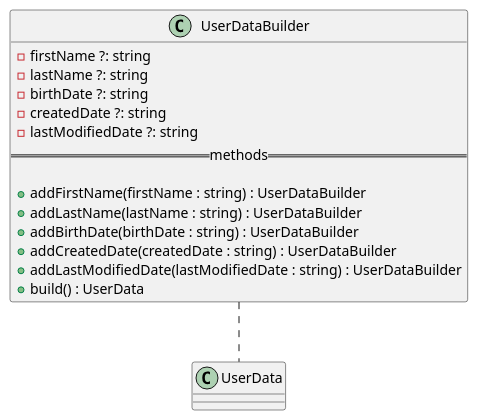
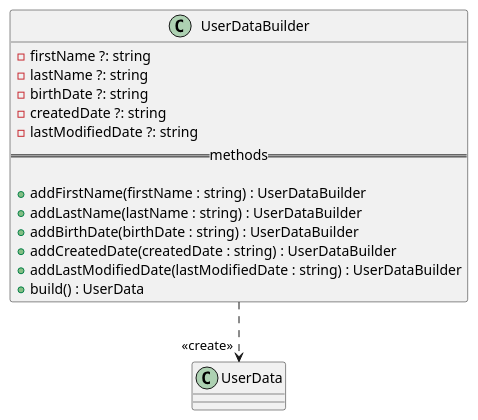
The diagram in docs/diagrams/classes/User/UserDataBuilder.pu (GruppOne/stalker-web-app), drawn with PlantUML before and after one commit. The commit also changed 12 other files, not shown here.

Commit message:
docs: fix diagrams after review

```diff
--- a/docs/diagrams/classes/User/UserDataBuilder.pu
+++ b/docs/diagrams/classes/User/UserDataBuilder.pu
@@ -1,19 +1,19 @@
 @startuml UserDataBuilder Diagram
 class UserDataBuilder {
   - firstName ?: string
   - lastName ?: string
   - birthDate ?: string
   - createdDate ?: string
   - lastModifiedDate ?: string
   ==methods==
 
   + addFirstName(firstName : string) : UserDataBuilder
   + addLastName(lastName : string) : UserDataBuilder
   + addBirthDate(birthDate : string) : UserDataBuilder
   + addCreatedDate(createdDate : string) : UserDataBuilder
   + addLastModifiedDate(lastModifiedDate : string) : UserDataBuilder
   + build() : UserData
 }
 
-UserDataBuilder .. UserData
+UserDataBuilder ..> "<<create>>" UserData
 @enduml
```
